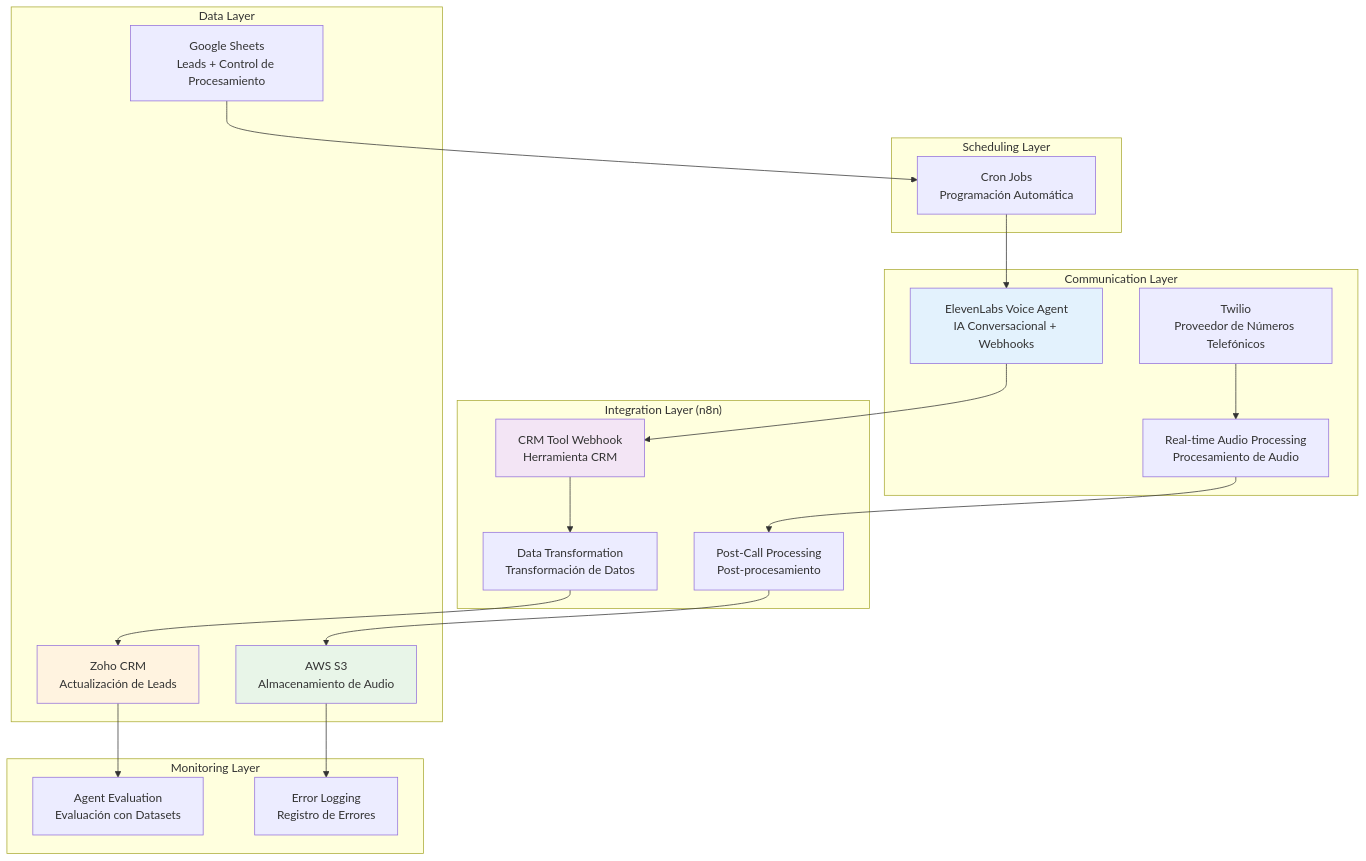
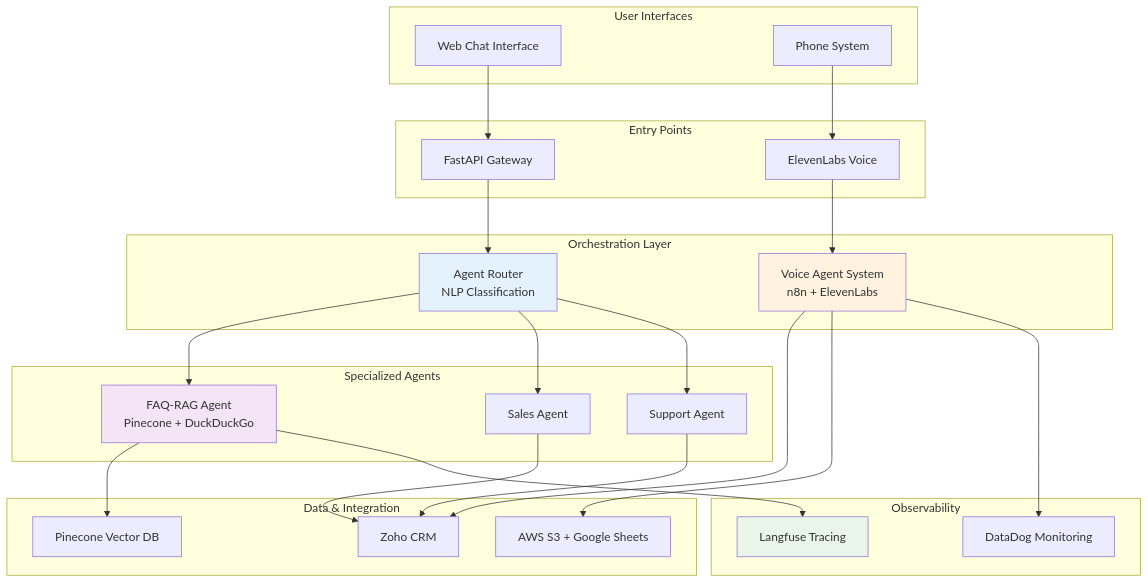
One commit to danielaloperahernandez/ai-agents-portfolio changed the first of 5 diagrams in technical-details.md. Above: the diagram before and after it, drawn with Mermaid. The commit also changed other lines of this file, not shown here.

````diff
--- a/technical-details.md
+++ b/technical-details.md
@@ -7,46 +7,57 @@
 ```mermaid
 graph TB
-    subgraph "Scheduling Layer"
-        A[Cron Jobs<br/>Programación Automática]
+    subgraph "User Interfaces"
+        A[Web Chat Interface]
+        B[Phone System]
     end
     
-    subgraph "Communication Layer"
-        D[ElevenLabs Voice Agent<br/>IA Conversacional + Webhooks]
-        E[Twilio<br/>Proveedor de Números Telefónicos]
-        F[Real-time Audio Processing<br/>Procesamiento de Audio]
+    subgraph "Entry Points"
+        C[FastAPI Gateway]
+        D[ElevenLabs Voice]
     end
     
-    subgraph "Integration Layer (n8n)"
-        G[CRM Tool Webhook<br/>Herramienta CRM]
-        H[Data Transformation<br/>Transformación de Datos]
-        I[Post-Call Processing<br/>Post-procesamiento]
+    subgraph "Orchestration Layer"
+        E[Agent Router<br/>NLP Classification]
+        F[Voice Agent System<br/>n8n + ElevenLabs]
     end
     
-    subgraph "Data Layer"
-        J[Google Sheets<br/>Leads + Control de Procesamiento]
-        K[Zoho CRM<br/>Actualización de Leads]
-        L[AWS S3<br/>Almacenamiento de Audio]
+    subgraph "Specialized Agents"
+        G[FAQ-RAG Agent<br/>Pinecone + DuckDuckGo]
+        H[Sales Agent]
+        I[Support Agent]
     end
     
-    subgraph "Monitoring Layer"
-        M[Agent Evaluation<br/>Evaluación con Datasets]
-        N[Error Logging<br/>Registro de Errores]
+    subgraph "Data & Integration"
+        J[Pinecone Vector DB]
+        K[Zoho CRM]
+        L[AWS S3 + Google Sheets]
     end
     
-    A --> D
-    D --> G
-    E --> F
-    G --> H
+    subgraph "Observability"
+        M[Langfuse Tracing]
+        N[DataDog Monitoring]
+    end
+    
+    A --> C
+    B --> D
+    C --> E
+    D --> F
+    
+    E --> G
+    E --> H
+    E --> I
+    F --> K
+    
+    G --> J
     H --> K
-    I --> L
-    F --> I
+    I --> K
+    F --> L
     
-    J --> A
-    K --> M
-    L --> N
+    G --> M
+    F --> N
     
-    style D fill:#e3f2fd
+    style E fill:#e3f2fd
     style G fill:#f3e5f5
-    style K fill:#fff3e0
-    style L fill:#e8f5e8
+    style F fill:#fff3e0
+    style M fill:#e8f5e8
 ```
````
